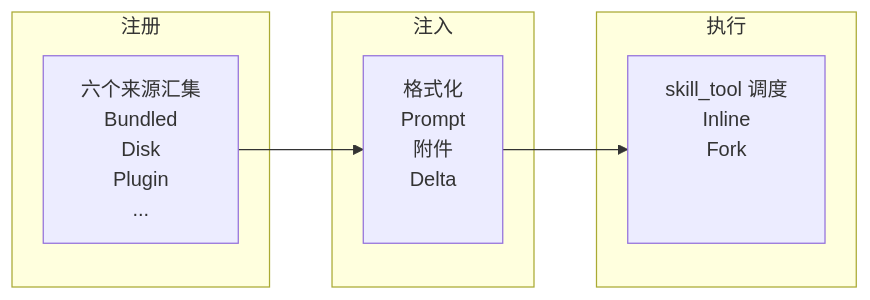
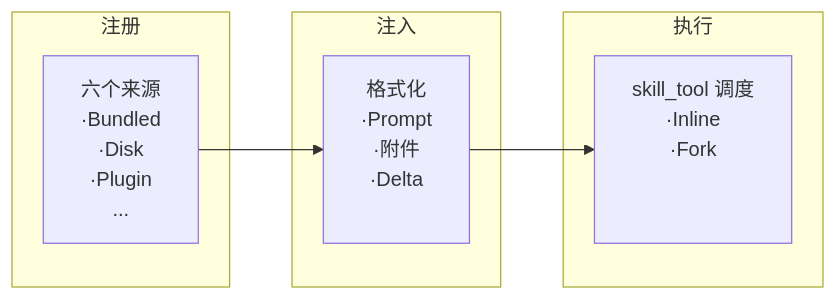
One commit to binarylei/ClaudeCode changed the fourth of 5 diagrams in mydocs/part5/18-SKILLS渐进式披露.md. Above: the diagram before and after it, drawn with Mermaid. The commit also changed other lines of this file and 1 other file, not shown here.

Commit message:
[MOD] skill

````diff
--- a/mydocs/part5/18-SKILLS渐进式披露.md
+++ b/mydocs/part5/18-SKILLS渐进式披露.md
@@ -83,14 +88,14 @@
 ```mermaid
 flowchart LR
     subgraph 注册
-        A["六个来源汇集<br/>Bundled<br/>Disk<br/>Plugin<br/>...<br/>"]
+        A["六个来源<br/>·Bundled<br/>·Disk<br/>·Plugin<br/>...<br/>"]
     end
     subgraph 注入
-        B["格式化<br/>Prompt<br/>附件<br/>Delta<br/><br/>"]
+        B["格式化<br/>·Prompt<br/>·附件<br/>·Delta<br/><br/>"]
     end
     subgraph 执行
-        C["skill_tool 调度<br/>Inline<br/>Fork<br/><br/><br/>"]
+        C["skill_tool 调度<br/>·Inline<br/>·Fork <br/><br/><br/>"]
     end
     
     A --> B --> C
 ```
````
